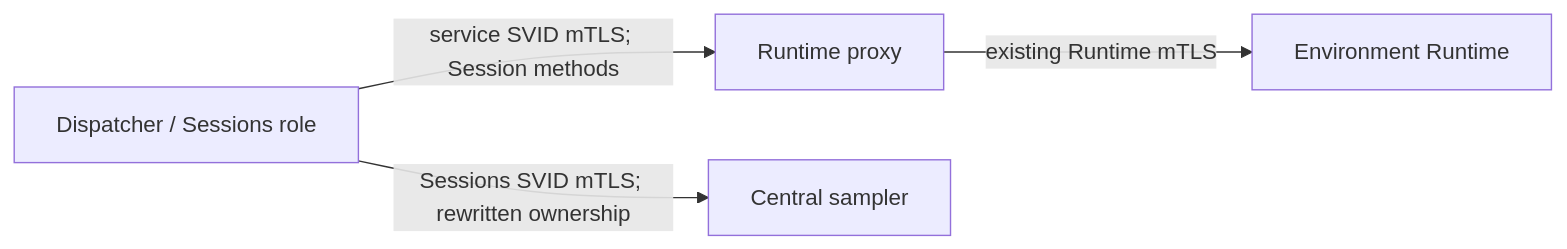
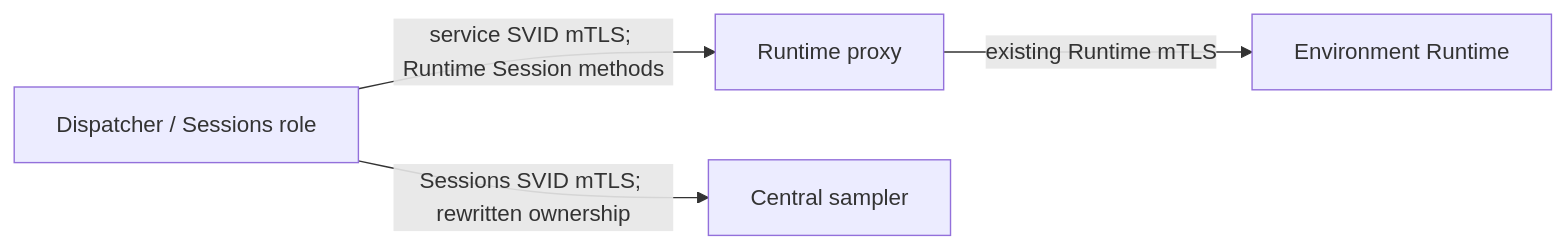
Before and after one commit to agentydragon/ducktape: diagram 18 of 18 in agentplane/docs/system_overview.md, drawn with Mermaid. The commit also changed other lines of this file and 12 other files, not shown here.

````diff
--- a/agentplane/docs/system_overview.md
+++ b/agentplane/docs/system_overview.md
@@ -892,6 +895,6 @@
 ```mermaid
 flowchart LR
-    sessions[Dispatcher / Sessions role] -->|service SVID mTLS; Session methods| proxy[Runtime proxy]
+    sessions[Dispatcher / Sessions role] -->|service SVID mTLS; Runtime Session methods| proxy[Runtime proxy]
     sessions -->|Sessions SVID mTLS; rewritten ownership| sampler[Central sampler]
     proxy -->|existing Runtime mTLS| runtime[Environment Runtime]
 ```
````
